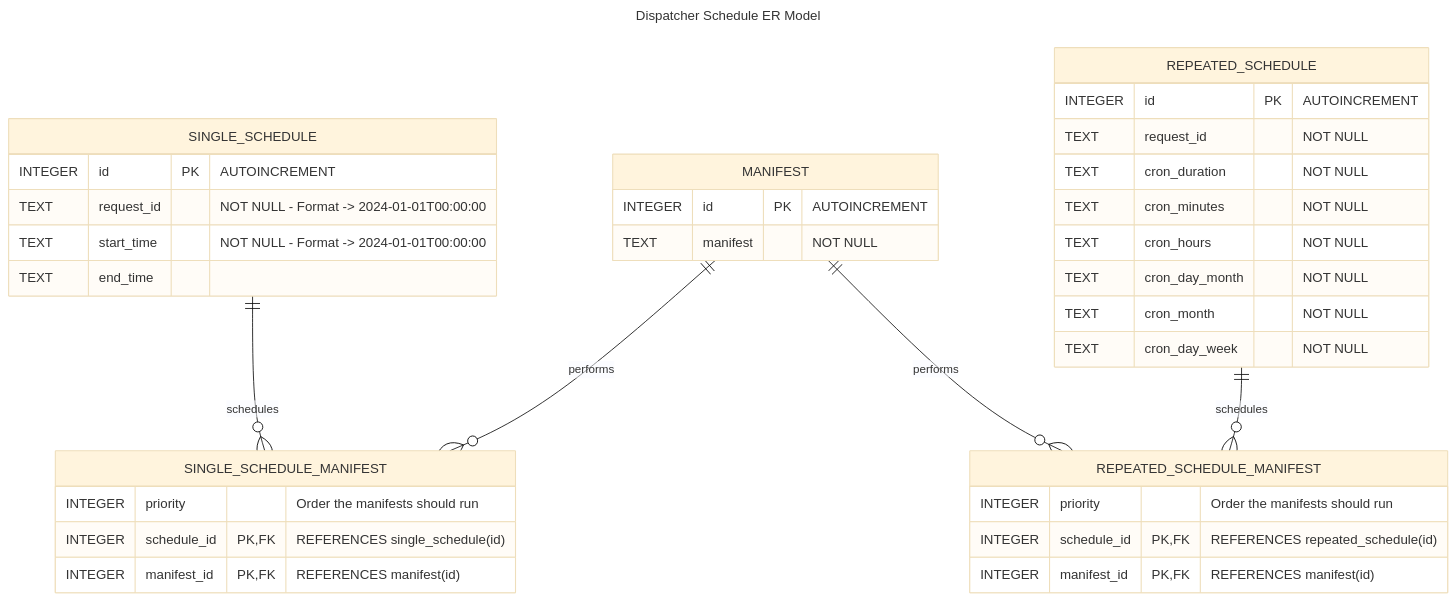
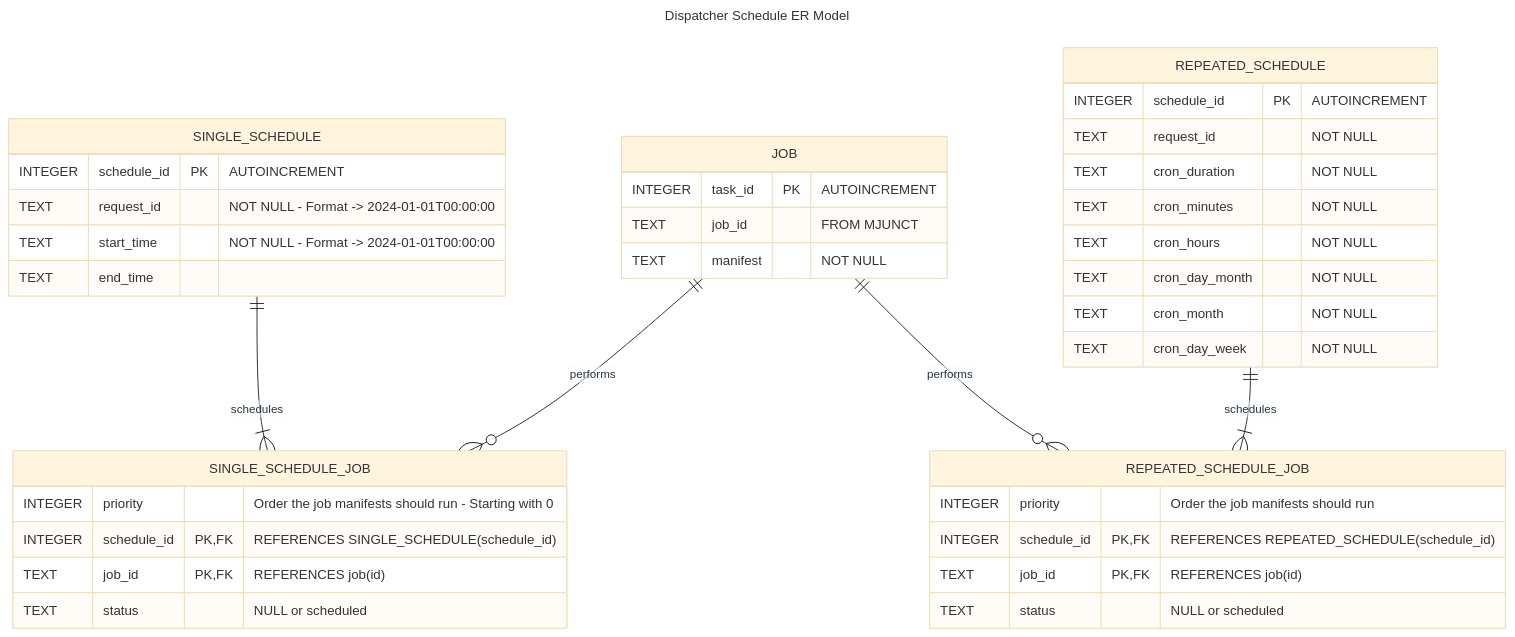
Before and after one commit to intel/intel-inb-manageability: the diagram in docs/Dispatcher Scheduling DB Design.md, drawn with Mermaid (base theme). The commit also changed other lines of this file and 29 other files, not shown here.

````diff
--- a/docs/Dispatcher Scheduling DB Design.md
+++ b/docs/Dispatcher Scheduling DB Design.md
@@ -22,47 +22,51 @@
 ```mermaid
 ---
 
 title: Dispatcher Schedule ER Model
 
 ---
 
 erDiagram
-    SINGLE_SCHEDULE ||--o{ SINGLE_SCHEDULE_MANIFEST : schedules
-    SINGLE_SCHEDULE_MANIFEST {
-        INTEGER priority "Order the manifests should run"
-        INTEGER schedule_id PK, FK "REFERENCES single_schedule(id)"
-        INTEGER manifest_id PK, FK "REFERENCES manifest(id)"
+    SINGLE_SCHEDULE ||--|{ SINGLE_SCHEDULE_JOB : schedules
+    SINGLE_SCHEDULE_JOB {
+        INTEGER priority "Order the job manifests should run - Starting with 0"
+        INTEGER schedule_id PK,FK "REFERENCES SINGLE_SCHEDULE(schedule_id)"
+        TEXT job_id PK,FK "REFERENCES job(id)"
+        TEXT status "NULL or scheduled"
     }
 
     SINGLE_SCHEDULE {
-        INTEGER id PK "AUTOINCREMENT"
+        INTEGER schedule_id PK "AUTOINCREMENT"
         TEXT request_id "NOT NULL - Format -> 2024-01-01T00:00:00"
         TEXT start_time "NOT NULL - Format -> 2024-01-01T00:00:00"
         TEXT end_time
     }
-    MANIFEST ||--o{ SINGLE_SCHEDULE_MANIFEST : performs
-    MANIFEST ||--o{ REPEATED_SCHEDULE_MANIFEST : performs
+    JOB ||--o{ SINGLE_SCHEDULE_JOB: performs
+    JOB ||--o{ REPEATED_SCHEDULE_JOB : performs
 
-    MANIFEST {
-        INTEGER id PK "AUTOINCREMENT"
+    JOB {
+        INTEGER task_id PK "AUTOINCREMENT"
+        TEXT job_id "FROM MJUNCT"
         TEXT manifest "NOT NULL"
-    }
-    REPEATED_SCHEDULE ||--o{ REPEATED_SCHEDULE_MANIFEST : schedules
-    REPEATED_SCHEDULE_MANIFEST {
-        INTEGER priority "Order the manifests should run"
-        INTEGER schedule_id PK, FK "REFERENCES repeated_schedule(id)"
-        INTEGER manifest_id PK, FK "REFERENCES manifest(id)"
+    }  
+    
+    REPEATED_SCHEDULE ||--|{ REPEATED_SCHEDULE_JOB : schedules
+    REPEATED_SCHEDULE_JOB {
+        INTEGER priority "Order the job manifests should run"
+        INTEGER schedule_id PK,FK "REFERENCES REPEATED_SCHEDULE(schedule_id)"
+        TEXT job_id PK,FK "REFERENCES job(id)"
+        TEXT status "NULL or scheduled"
     }
 
     REPEATED_SCHEDULE {
-        INTEGER id PK "AUTOINCREMENT"
+        INTEGER schedule_id PK "AUTOINCREMENT"
         TEXT request_id "NOT NULL"
         TEXT cron_duration "NOT NULL"
         TEXT cron_minutes "NOT NULL"
         TEXT cron_hours "NOT NULL"
         TEXT cron_day_month "NOT NULL"
         TEXT cron_month "NOT NULL"
         TEXT cron_day_week "NOT NULL"
     }
     
 ```
````
